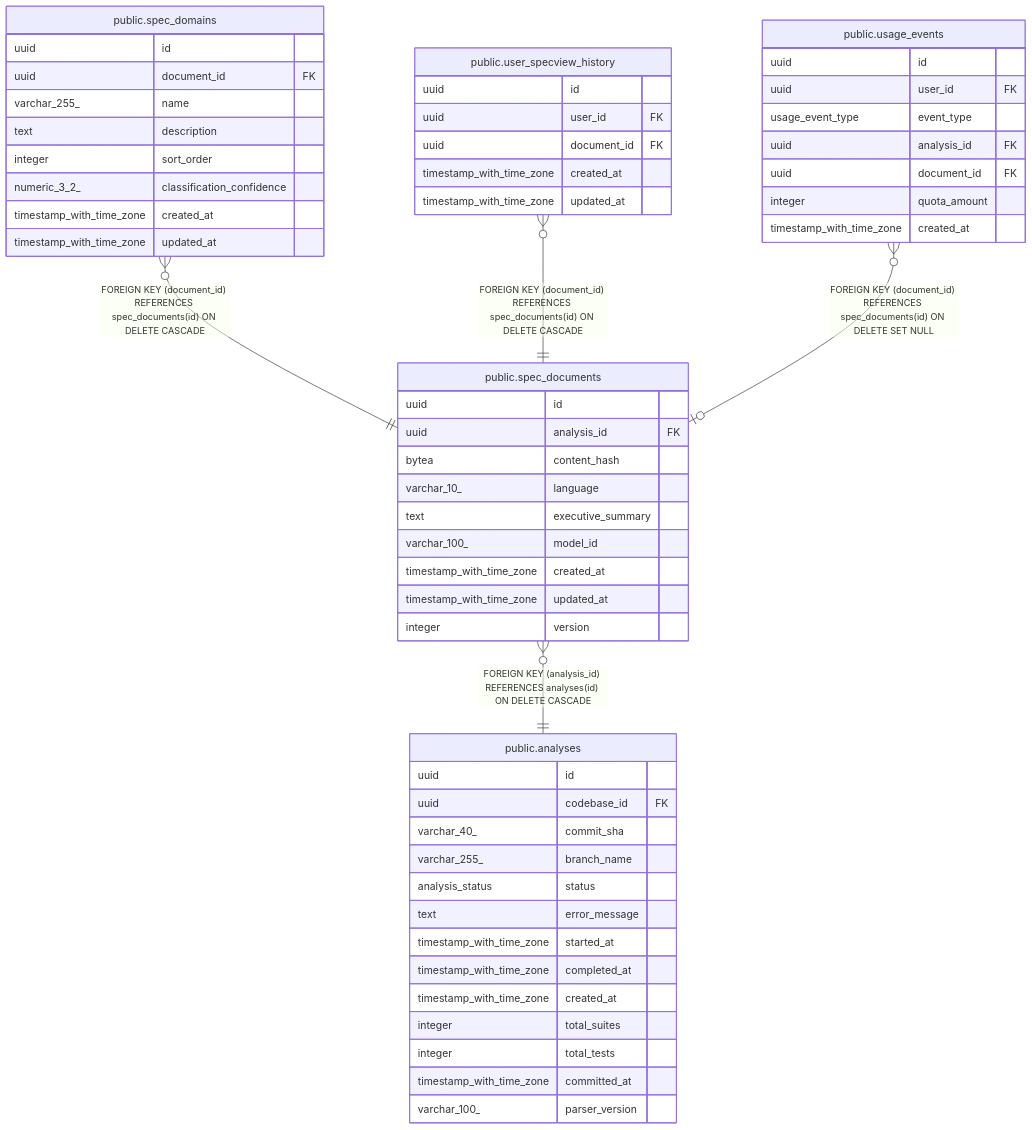
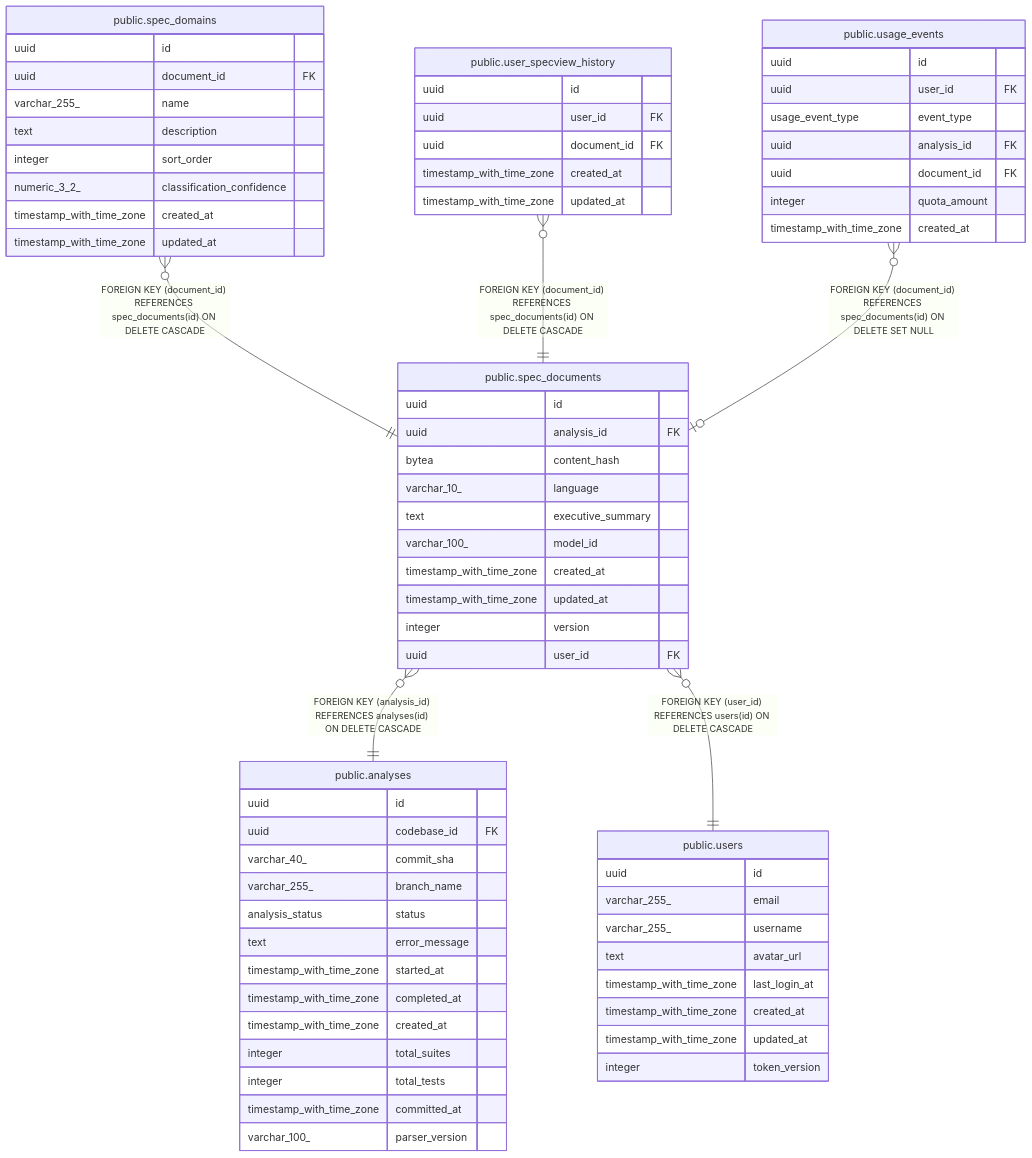
The diagram in docs/schema/public.spec_documents.md (specvital/specvital.github.io), drawn with Mermaid before and after one commit. The commit also changed other lines of this file and 7 other files, not shown here.

Commit message:
docs: update schema documentation

````diff
--- a/docs/schema/public.spec_documents.md
+++ b/docs/schema/public.spec_documents.md
@@ -39,61 +42,73 @@
 ```mermaid
 erDiagram
 
 "public.spec_domains" }o--|| "public.spec_documents" : "FOREIGN KEY (document_id) REFERENCES spec_documents(id) ON DELETE CASCADE"
 "public.user_specview_history" }o--|| "public.spec_documents" : "FOREIGN KEY (document_id) REFERENCES spec_documents(id) ON DELETE CASCADE"
 "public.usage_events" }o--o| "public.spec_documents" : "FOREIGN KEY (document_id) REFERENCES spec_documents(id) ON DELETE SET NULL"
 "public.spec_documents" }o--|| "public.analyses" : "FOREIGN KEY (analysis_id) REFERENCES analyses(id) ON DELETE CASCADE"
+"public.spec_documents" }o--|| "public.users" : "FOREIGN KEY (user_id) REFERENCES users(id) ON DELETE CASCADE"
 
 "public.spec_documents" {
   uuid id
   uuid analysis_id FK
   bytea content_hash
   varchar_10_ language
   text executive_summary
   varchar_100_ model_id
   timestamp_with_time_zone created_at
   timestamp_with_time_zone updated_at
   integer version
+  uuid user_id FK
 }
 "public.spec_domains" {
   uuid id
   uuid document_id FK
   varchar_255_ name
   text description
   integer sort_order
   numeric_3_2_ classification_confidence
   timestamp_with_time_zone created_at
   timestamp_with_time_zone updated_at
 }
 "public.user_specview_history" {
   uuid id
   uuid user_id FK
   uuid document_id FK
   timestamp_with_time_zone created_at
   timestamp_with_time_zone updated_at
 }
 "public.usage_events" {
   uuid id
   uuid user_id FK
   usage_event_type event_type
   uuid analysis_id FK
   uuid document_id FK
   integer quota_amount
   timestamp_with_time_zone created_at
 }
 "public.analyses" {
   uuid id
   uuid codebase_id FK
   varchar_40_ commit_sha
   varchar_255_ branch_name
   analysis_status status
   text error_message
   timestamp_with_time_zone started_at
   timestamp_with_time_zone completed_at
   timestamp_with_time_zone created_at
   integer total_suites
   integer total_tests
   timestamp_with_time_zone committed_at
   varchar_100_ parser_version
 }
+"public.users" {
+  uuid id
+  varchar_255_ email
+  varchar_255_ username
+  text avatar_url
+  timestamp_with_time_zone last_login_at
+  timestamp_with_time_zone created_at
+  timestamp_with_time_zone updated_at
+  integer token_version
+}
 ```
````
